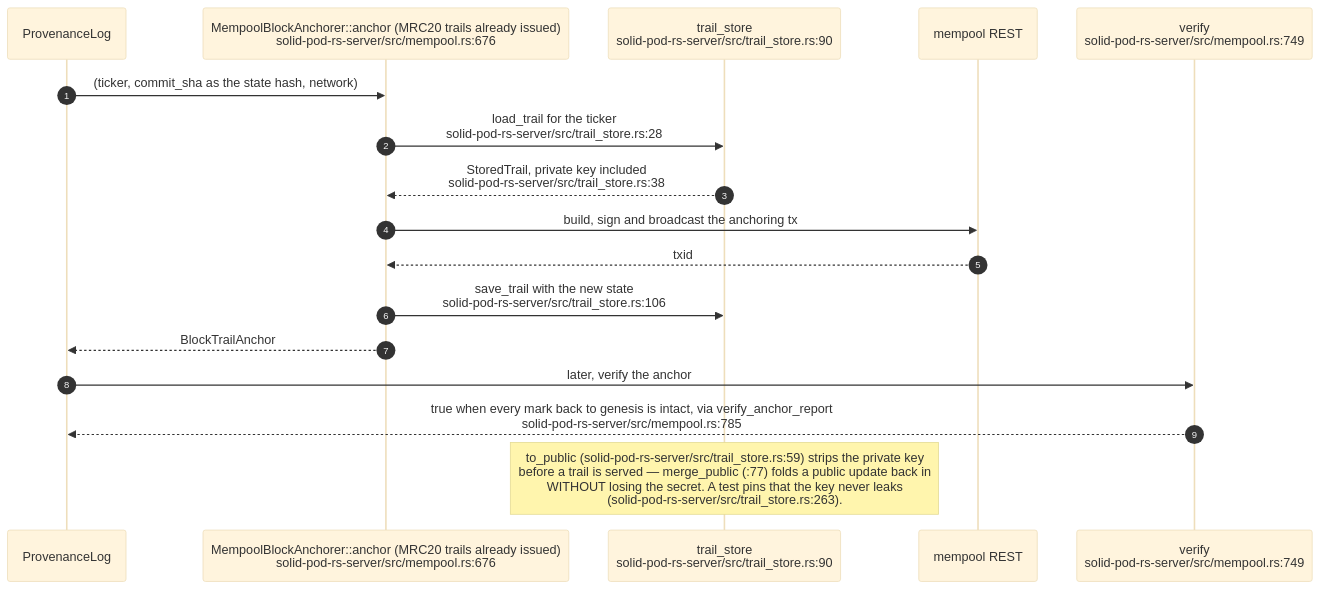
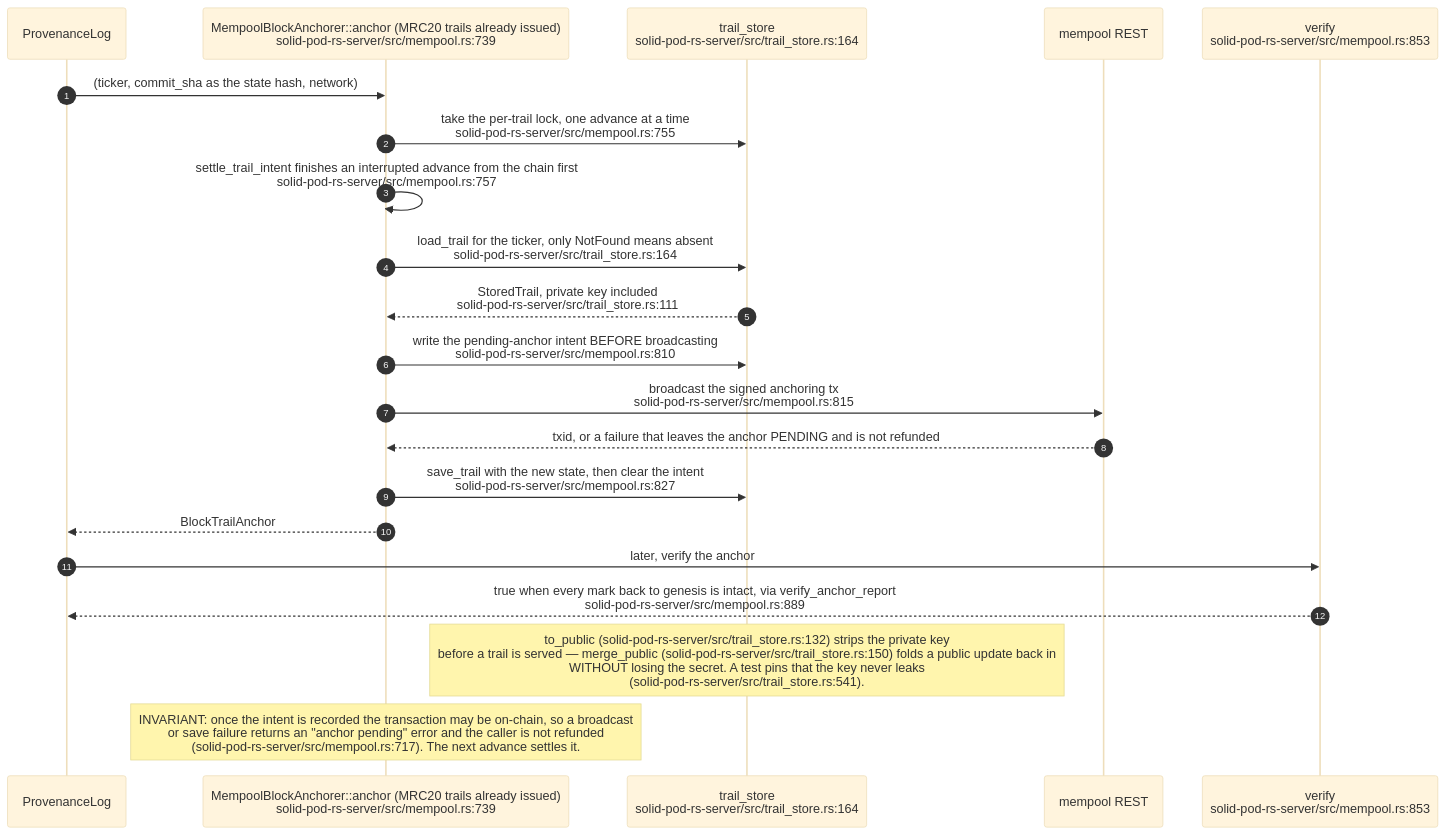
Diagram 11 of 19 in docs/diagrams/solid-pod-rs/07-provenance-and-payments.md (DreamLab-AI/VisionFlow), drawn with Mermaid (base theme) before and after one commit. The commit also changed other lines of this file and 160 other files, not shown here.

````diff
--- a/docs/diagrams/solid-pod-rs/07-provenance-and-payments.md
+++ b/docs/diagrams/solid-pod-rs/07-provenance-and-payments.md
@@ -338,21 +345,25 @@
 ```mermaid
 sequenceDiagram
     autonumber
     participant P as ProvenanceLog
-    participant A as MempoolBlockAnchorer::anchor (MRC20 trails already issued)<br/>solid-pod-rs-server/src/mempool.rs:676
-    participant TS as trail_store<br/>solid-pod-rs-server/src/trail_store.rs:90
+    participant A as MempoolBlockAnchorer::anchor (MRC20 trails already issued)<br/>solid-pod-rs-server/src/mempool.rs:739
+    participant TS as trail_store<br/>solid-pod-rs-server/src/trail_store.rs:164
     participant M as mempool REST
-    participant V as verify<br/>solid-pod-rs-server/src/mempool.rs:749
+    participant V as verify<br/>solid-pod-rs-server/src/mempool.rs:853
 
     P->>A: (ticker, commit_sha as the state hash, network)
-    A->>TS: load_trail for the ticker<br/>solid-pod-rs-server/src/trail_store.rs:28
-    TS-->>A: StoredTrail, private key included<br/>solid-pod-rs-server/src/trail_store.rs:38
-    A->>M: build, sign and broadcast the anchoring tx
-    M-->>A: txid
-    A->>TS: save_trail with the new state<br/>solid-pod-rs-server/src/trail_store.rs:106
+    A->>TS: take the per-trail lock, one advance at a time<br/>solid-pod-rs-server/src/mempool.rs:755
+    A->>A: settle_trail_intent finishes an interrupted advance from the chain first<br/>solid-pod-rs-server/src/mempool.rs:757
+    A->>TS: load_trail for the ticker, only NotFound means absent<br/>solid-pod-rs-server/src/trail_store.rs:164
+    TS-->>A: StoredTrail, private key included<br/>solid-pod-rs-server/src/trail_store.rs:111
+    A->>TS: write the pending-anchor intent BEFORE broadcasting<br/>solid-pod-rs-server/src/mempool.rs:810
+    A->>M: broadcast the signed anchoring tx<br/>solid-pod-rs-server/src/mempool.rs:815
+    M-->>A: txid, or a failure that leaves the anchor PENDING and is not refunded
+    A->>TS: save_trail with the new state, then clear the intent<br/>solid-pod-rs-server/src/mempool.rs:827
     A-->>P: BlockTrailAnchor
     P->>V: later, verify the anchor
-    V-->>P: true when every mark back to genesis is intact, via verify_anchor_report<br/>solid-pod-rs-server/src/mempool.rs:785
+    V-->>P: true when every mark back to genesis is intact, via verify_anchor_report<br/>solid-pod-rs-server/src/mempool.rs:889
 
-    Note over TS: to_public (solid-pod-rs-server/src/trail_store.rs:59) strips the private key<br/>before a trail is served — merge_public (:77) folds a public update back in<br/>WITHOUT losing the secret. A test pins that the key never leaks<br/>(solid-pod-rs-server/src/trail_store.rs:263).
+    Note over TS: to_public (solid-pod-rs-server/src/trail_store.rs:132) strips the private key<br/>before a trail is served — merge_public (solid-pod-rs-server/src/trail_store.rs:150) folds a public update back in<br/>WITHOUT losing the secret. A test pins that the key never leaks<br/>(solid-pod-rs-server/src/trail_store.rs:541).
+    Note over A: INVARIANT: once the intent is recorded the transaction may be on-chain, so a broadcast<br/>or save failure returns an "anchor pending" error and the caller is not refunded<br/>(solid-pod-rs-server/src/mempool.rs:717). The next advance settles it.
 ```
````
